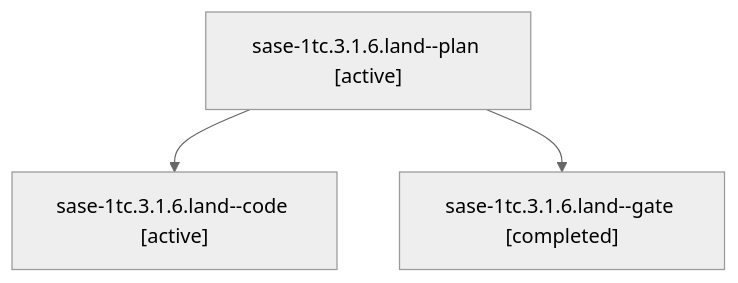
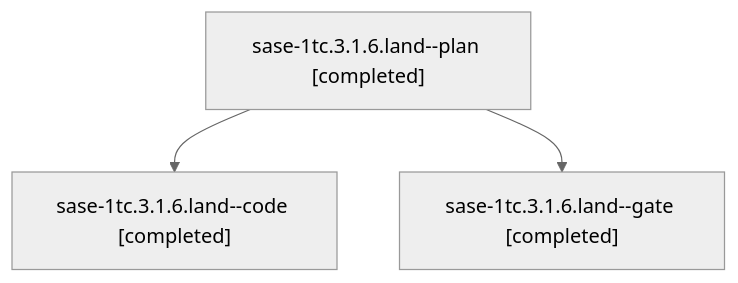
The diagram in sessions/bbugyi200.athena.sase-1tc.3.1.6.land.md (sase-org/sase--agents), drawn with Mermaid (neutral theme) before and after one commit. The commit also changed other lines of this file and 79 other files, not shown here.

````diff
--- a/sessions/bbugyi200.athena.sase-1tc.3.1.6.land.md
+++ b/sessions/bbugyi200.athena.sase-1tc.3.1.6.land.md
@@ -9,8 +9,8 @@
 ```mermaid
 flowchart TD
-  n0["sase-1tc.3.1.6.land--plan [active]"]
-  n1["sase-1tc.3.1.6.land--code [active]"]
+  n0["sase-1tc.3.1.6.land--plan [completed]"]
+  n1["sase-1tc.3.1.6.land--code [completed]"]
   n0 --> n1
   n2["sase-1tc.3.1.6.land--gate [completed]"]
   n0 --> n2
 ```
````
